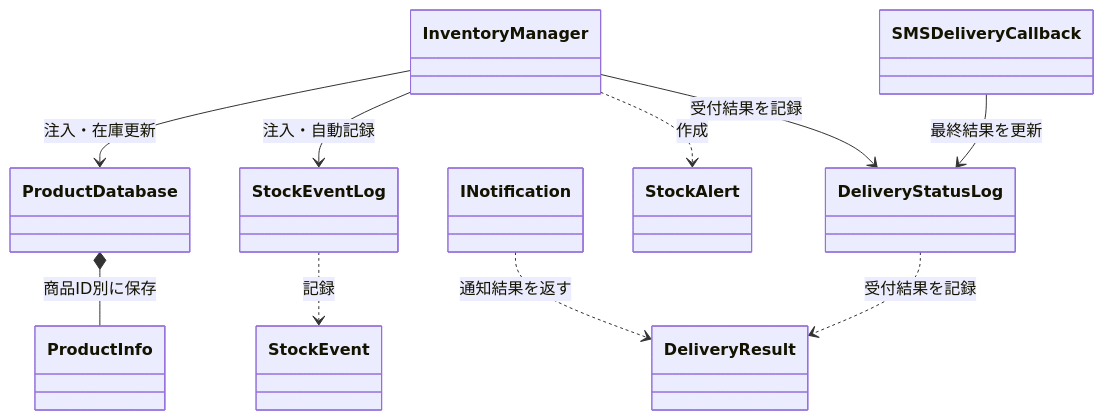
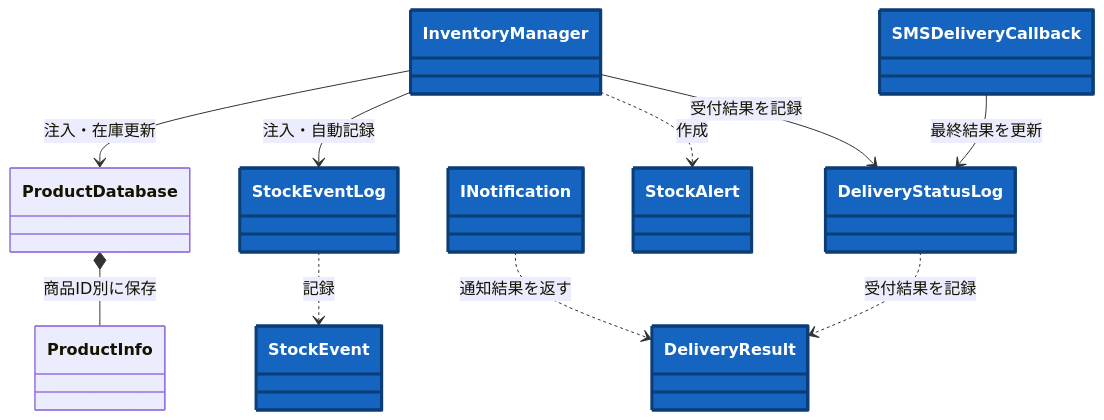
The eighth of 13 diagrams in kindle/design-patterns/books/volume01-core-patterns/output/05-chapter03.md (kumachan1101-pixel/DesignPattern), drawn with Mermaid before and after one commit. The commit also changed other lines of this file and 19 other files, not shown here.

First line of the commit message:
図の変更箇所を色で示し、変更前後の対比の説明構造をそろえる

````diff
--- a/kindle/design-patterns/books/volume01-core-patterns/output/05-chapter03.md
+++ b/kindle/design-patterns/books/volume01-core-patterns/output/05-chapter03.md
@@ -2168,23 +2175,25 @@
 ```mermaid
 classDiagram
     direction TB
-    class InventoryManager
+    class InventoryManager:::changed
     class ProductDatabase
     class ProductInfo
-    class StockEventLog
-    class StockEvent
-    class DeliveryStatusLog
-    class DeliveryResult
-    class SMSDeliveryCallback
-    class StockAlert
-    class INotification
+    class StockEventLog:::changed
+    class StockEvent:::changed
+    class DeliveryStatusLog:::changed
+    class DeliveryResult:::changed
+    class SMSDeliveryCallback:::changed
+    class StockAlert:::changed
+    class INotification:::changed
     InventoryManager --> ProductDatabase : 注入・在庫更新
     InventoryManager --> StockEventLog : 注入・自動記録
     InventoryManager --> DeliveryStatusLog : 受付結果を記録
     InventoryManager ..> StockAlert : 作成
     SMSDeliveryCallback --> DeliveryStatusLog : 最終結果を更新
     ProductDatabase *-- ProductInfo : 商品ID別に保存
     StockEventLog ..> StockEvent : 記録
     INotification ..> DeliveryResult : 通知結果を返す
     DeliveryStatusLog ..> DeliveryResult : 受付結果を記録
+
+    classDef changed fill:#1565c0,stroke:#0b3d76,stroke-width:3px,color:#ffffff;
 ```
````
